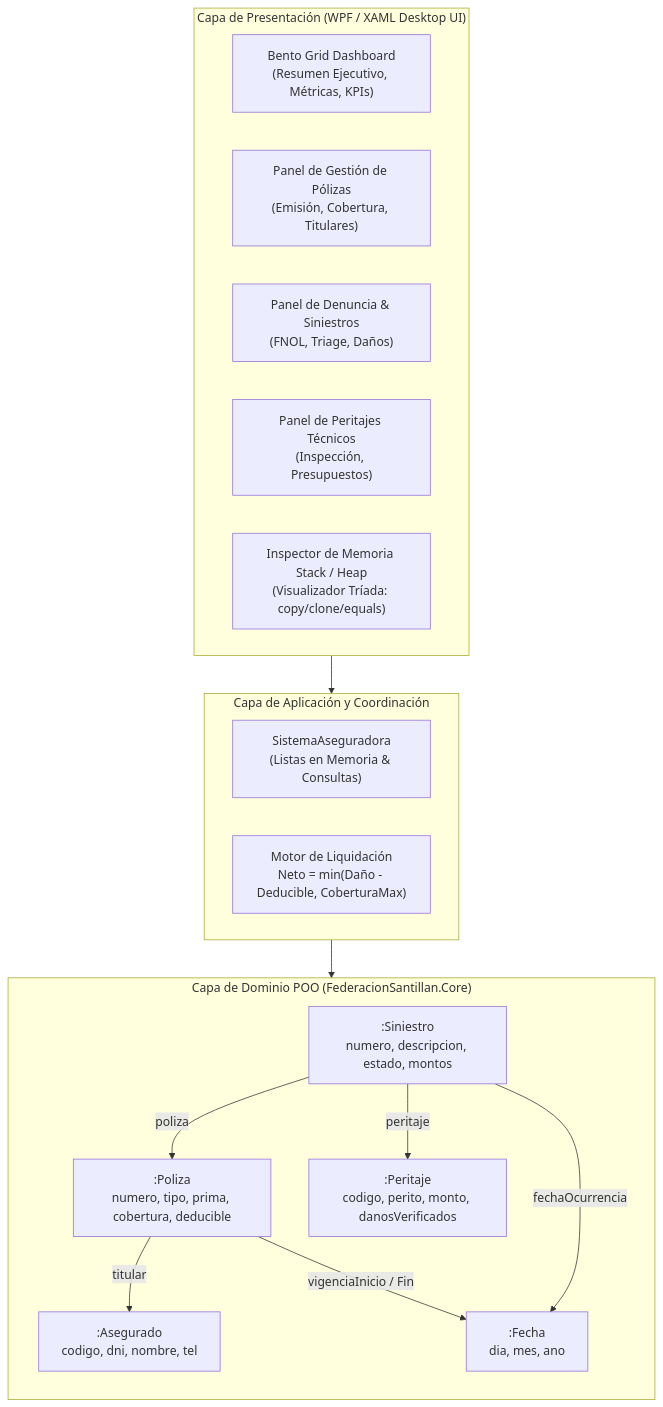
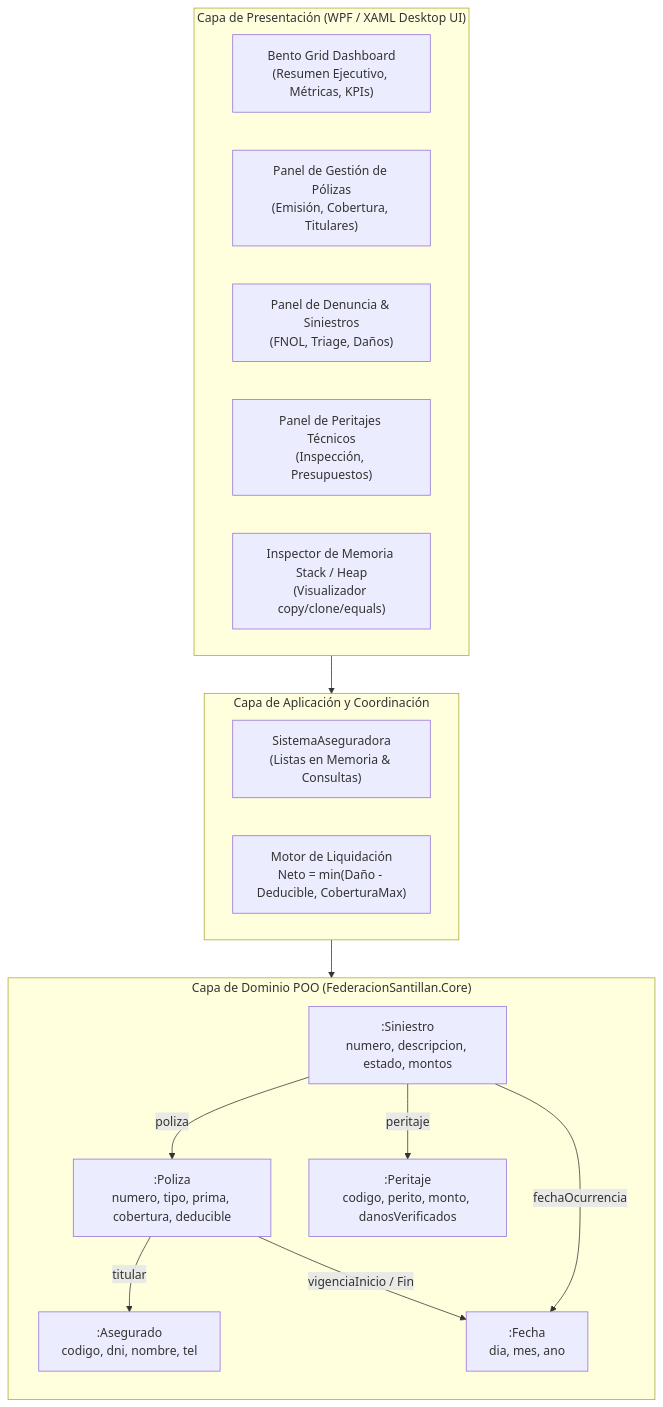
One commit to nedder3/santillan-seguros changed the diagram in diagramas/diagrama_sistema_arquitectura.mmd. Above: the diagram before and after it, drawn with Mermaid. The commit also changed 13 other files, not shown here.

```diff
--- a/diagramas/diagrama_sistema_arquitectura.mmd
+++ b/diagramas/diagrama_sistema_arquitectura.mmd
@@ -1,31 +1,31 @@
 flowchart TD
     subgraph UI["Capa de Presentación (WPF / XAML Desktop UI)"]
         Dash["Bento Grid Dashboard<br/>(Resumen Ejecutivo, Métricas, KPIs)"]
         PolGrid["Panel de Gestión de Pólizas<br/>(Emisión, Cobertura, Titulares)"]
         SinGrid["Panel de Denuncia & Siniestros<br/>(FNOL, Triage, Daños)"]
         PeriGrid["Panel de Peritajes Técnicos<br/>(Inspección, Presupuestos)"]
-        MemInspector["Inspector de Memoria Stack / Heap<br/>(Visualizador Tríada: copy/clone/equals)"]
+        MemInspector["Inspector de Memoria Stack / Heap<br/>(Visualizador copy/clone/equals)"]
     end
 
     subgraph APP["Capa de Aplicación y Coordinación"]
         Sistema["SistemaAseguradora<br/>(Listas en Memoria & Consultas)"]
         Liquidador["Motor de Liquidación<br/>Neto = min(Daño - Deducible, CoberturaMax)"]
     end
 
     subgraph DOMAIN["Capa de Dominio POO (FederacionSantillan.Core)"]
         direction TB
         Asegurado[":Asegurado<br/>codigo, dni, nombre, tel"]
         Fecha[":Fecha<br/>dia, mes, ano"]
         Poliza[":Poliza<br/>numero, tipo, prima, cobertura, deducible"]
         Siniestro[":Siniestro<br/>numero, descripcion, estado, montos"]
         Peritaje[":Peritaje<br/>codigo, perito, monto, danosVerificados"]
 
         Poliza -->|titular| Asegurado
         Poliza -->|vigenciaInicio / Fin| Fecha
         Siniestro -->|poliza| Poliza
         Siniestro -->|fechaOcurrencia| Fecha
         Siniestro -->|peritaje| Peritaje
     end
 
     UI --> APP
     APP --> DOMAIN
```
